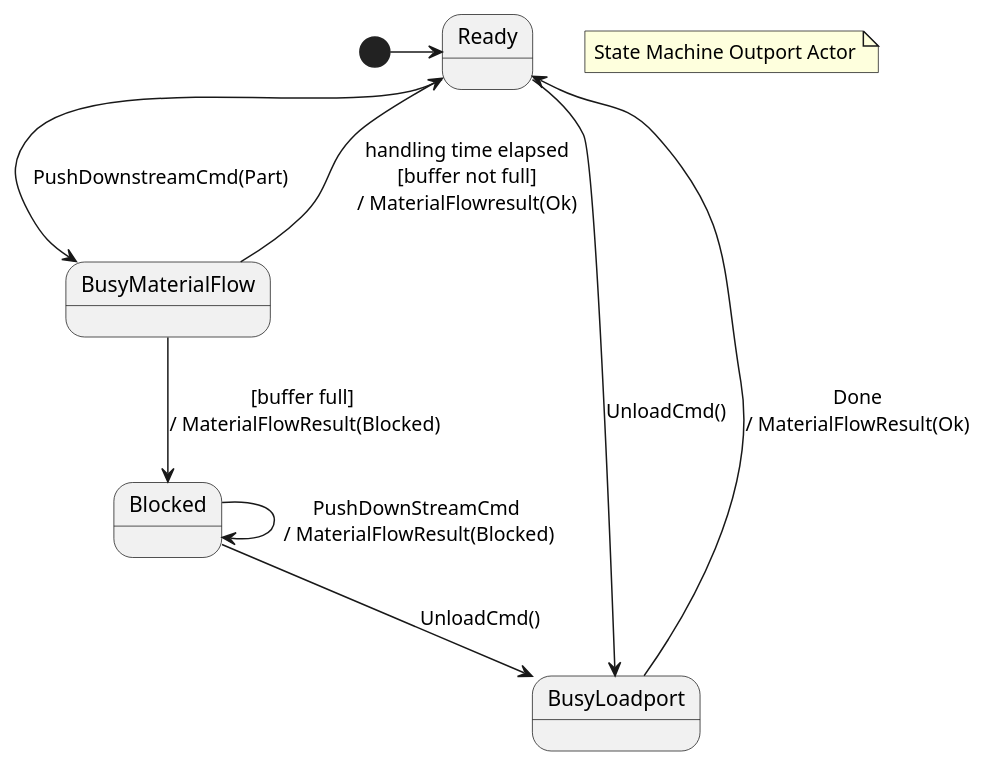
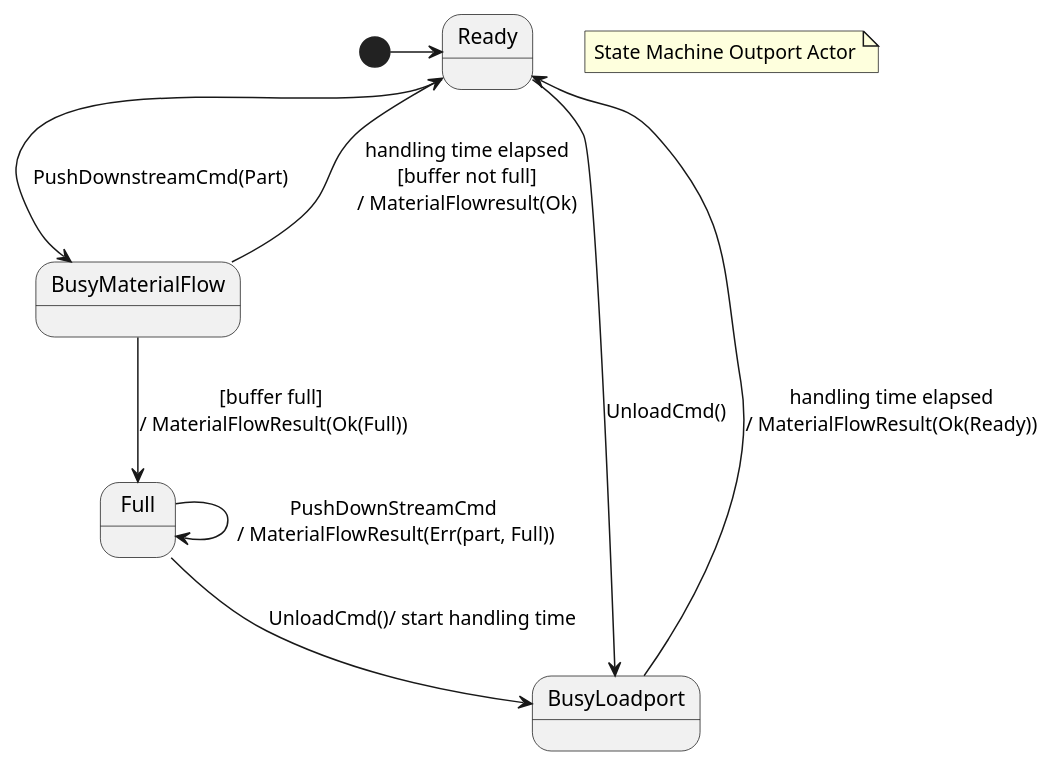
The diagram in doc/outport.stat.puml (onouv/mes-tool-mock-cli), drawn with PlantUML before and after one commit. The commit also changed 13 other files, not shown here.

```diff
--- a/doc/outport.stat.puml
+++ b/doc/outport.stat.puml
@@ -1,13 +1,13 @@
 @startuml
 note "State Machine Outport Actor" as N1
 
 
 [*] -> Ready
 Ready --> BusyMaterialFlow: PushDownstreamCmd(Part)
 BusyMaterialFlow -> Ready: handling time elapsed\n[buffer not full]\n/ MaterialFlowresult(Ok)
-BusyMaterialFlow --> Blocked: [buffer full] \n/ MaterialFlowResult(Blocked)
-Blocked --> BusyLoadport: UnloadCmd()
-Blocked -> Blocked: PushDownStreamCmd \n/ MaterialFlowResult(Blocked)
+BusyMaterialFlow --> Full: [buffer full] \n/ MaterialFlowResult(Ok(Full))
+Full --> BusyLoadport: UnloadCmd()/ start handling time
+Full -> Full: PushDownStreamCmd \n/ MaterialFlowResult(Err(part, Full))
 Ready --> BusyLoadport: UnloadCmd()
-BusyLoadport -> Ready: Done\n/ MaterialFlowResult(Ok)
+BusyLoadport -> Ready: handling time elapsed\n/ MaterialFlowResult(Ok(Ready))
 @enduml
```
